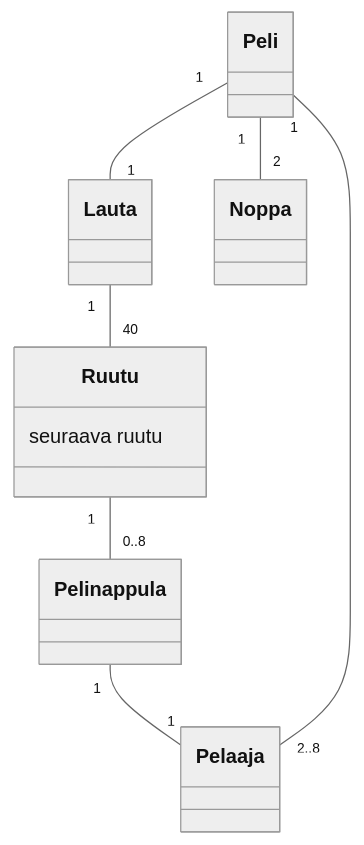
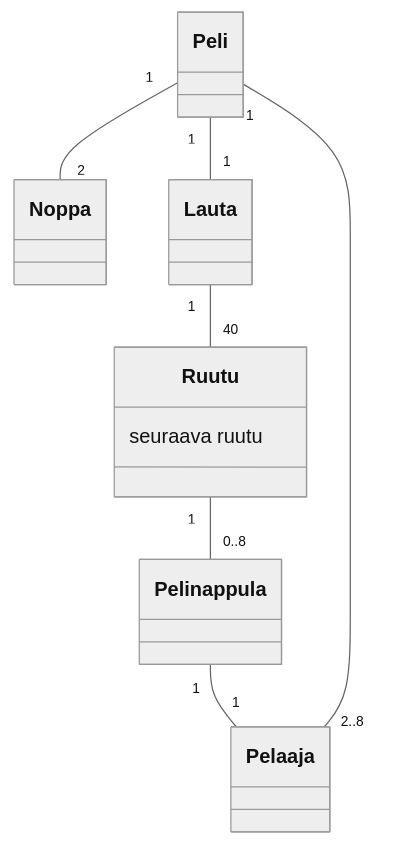
One commit to phuvio/ot-harjoitustyo changed the diagram in laskarit/viikko3/monopoli.md. Above: the diagram before and after it, drawn with Mermaid (neutral theme). The commit also changed other lines of this file, not shown here.

````diff
--- a/laskarit/viikko3/monopoli.md
+++ b/laskarit/viikko3/monopoli.md
@@ -3,22 +3,22 @@
 ```mermaid
  classDiagram
+      Peli "1"--"2" Noppa
       Peli "1"--"1" Lauta
       Lauta "1"--"40" Ruutu
       Ruutu "1"--"0..8" Pelinappula
       Pelinappula "1"--"1" Pelaaja
       Pelaaja "2..8"--"1" Peli
-      Peli "1"--"2" Noppa
       class Peli{
       }
       class Lauta{
       }
       class Ruutu{
       seuraava ruutu
       }
       class Pelaaja{
       }
       class Pelinappula{
       }
       class Noppa{
       }
 ```
````
